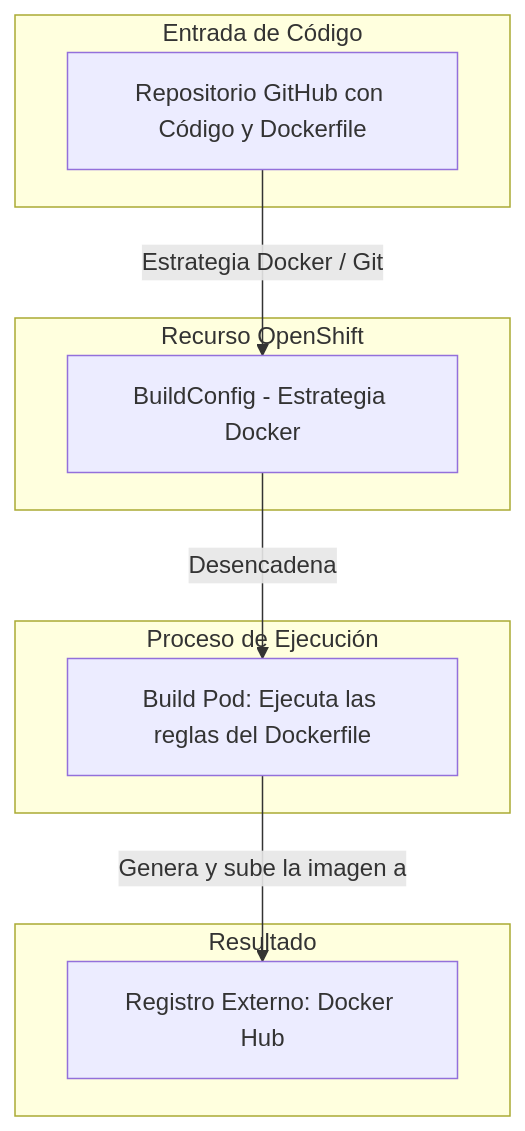
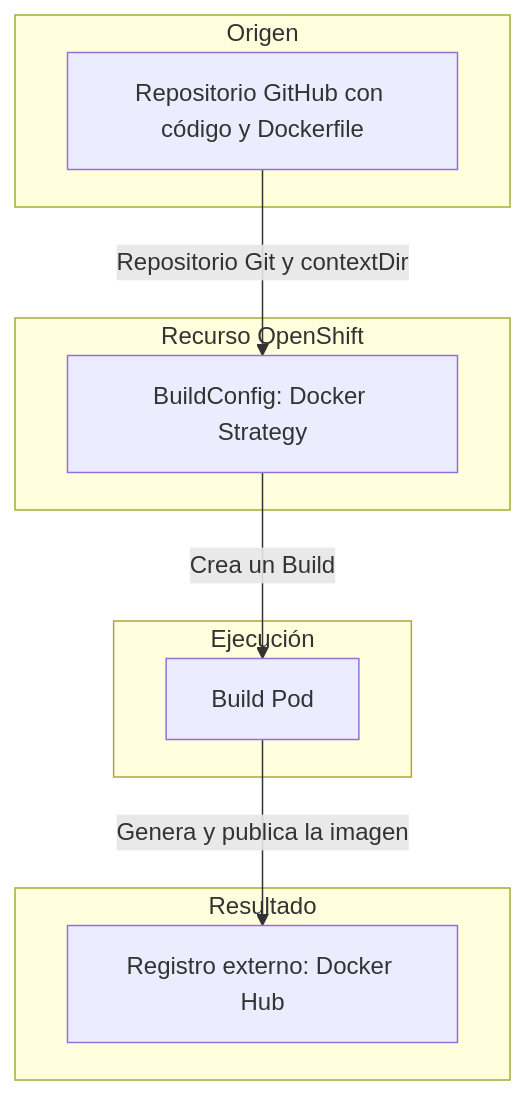
One commit to ieftraining/curso-openshift changed the second of 4 diagrams in docs/sesion4/4.5 Construir en la plataforma.md. Above: the diagram before and after it, drawn with Mermaid. The commit also changed other lines of this file, not shown here.

````diff
--- a/docs/sesion4/4.5 Construir en la plataforma.md
+++ b/docs/sesion4/4.5 Construir en la plataforma.md
@@ -52,22 +52,22 @@
 ```mermaid
 flowchart TD
-    subgraph Entrada de Código
-        A[Repositorio GitHub con Código y Dockerfile] 
+    subgraph Entrada ["Origen"]
+        A[Repositorio GitHub con código y Dockerfile]
     end
 
-    subgraph Recurso OpenShift
-        BC[BuildConfig - Estrategia Docker]
+    subgraph Recurso ["Recurso OpenShift"]
+        BC[BuildConfig: Docker Strategy]
     end
 
-    subgraph Proceso de Ejecución
-        Build[Build Pod: Ejecuta las reglas del Dockerfile]
+    subgraph Ejecucion ["Ejecución"]
+        Build[Build Pod]
     end
 
-    subgraph Resultado
-        RegExt[Registro Externo: Docker Hub]
+    subgraph Resultado ["Resultado"]
+        RegExt[Registro externo: Docker Hub]
     end
 
-    A -->|Estrategia Docker / Git| BC
-    BC -->|Desencadena| Build
-    Build -->|Genera y sube la imagen a| RegExt
+    A -->|Repositorio Git y contextDir| BC
+    BC -->|Crea un Build| Build
+    Build -->|Genera y publica la imagen| RegExt
 ```
````
